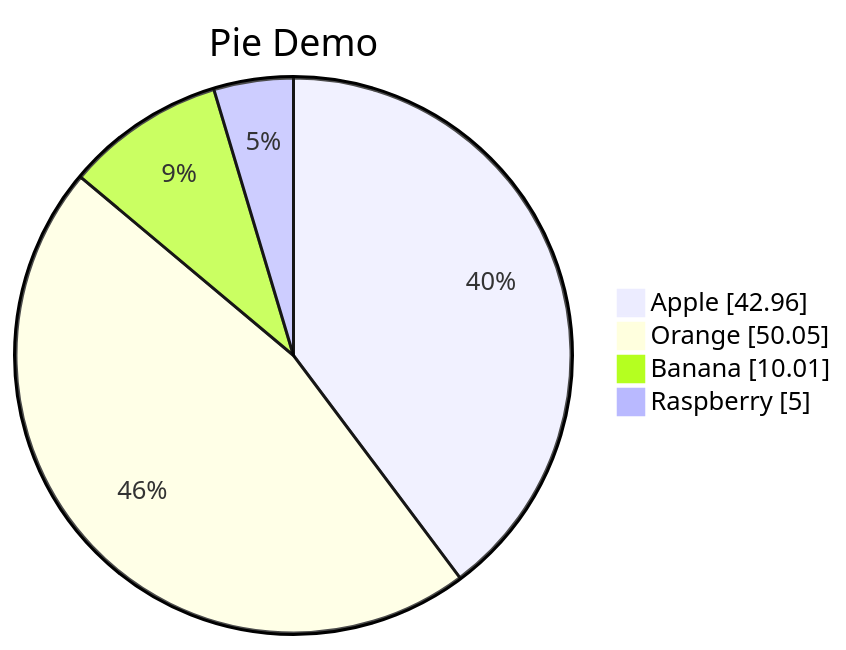
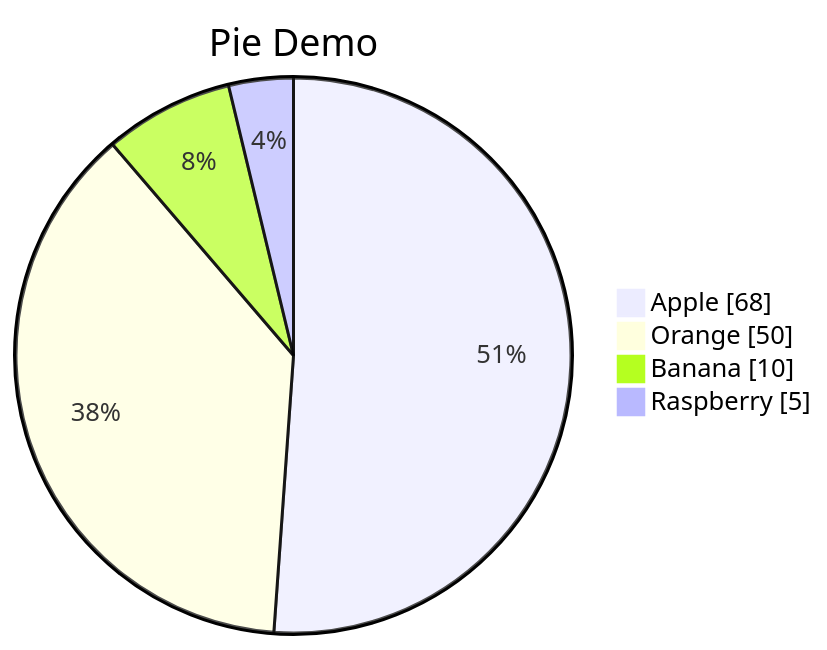
The sixth of 7 diagrams in source/books/gitsite-guide/40-write-content/50-advanced-formatting/40-diagrams/README.md (michaelliao/gitsite), drawn with Mermaid before and after one commit. The commit also changed other lines of this file and 1 other file, not shown here.

Commit message:
update mermaid css

````diff
--- a/source/books/gitsite-guide/40-write-content/50-advanced-formatting/40-diagrams/README.md
+++ b/source/books/gitsite-guide/40-write-content/50-advanced-formatting/40-diagrams/README.md
@@ -278,8 +278,8 @@
 ```mermaid
 pie showData
     title Pie Demo
-    "Apple" : 42.96
-    "Orange" : 50.05
-    "Banana" : 10.01
+    "Apple" : 68
+    "Orange" : 50
+    "Banana" : 10
     "Raspberry" : 5
 ```
````
